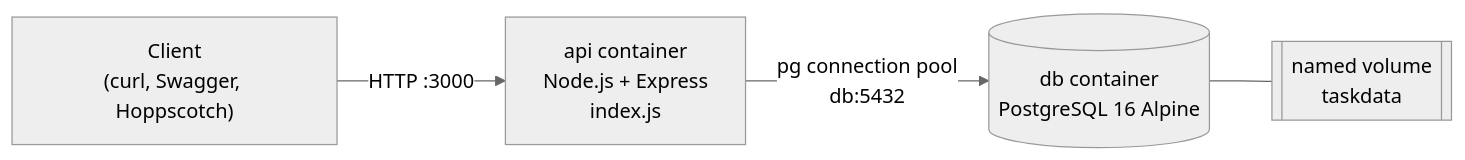
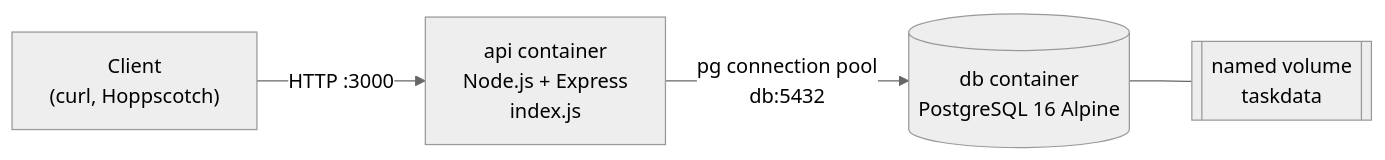
Before and after one commit to ernestmwangombe/task-management-api: the diagram in README.md, drawn with Mermaid (neutral theme). The commit also changed other lines of this file, not shown here.

````diff
--- a/README.md
+++ b/README.md
@@ -49,6 +47,6 @@
 ```mermaid
 flowchart LR
-    Client["Client<br/>(curl, Swagger, Hoppscotch)"] -->|"HTTP :3000"| API["api container<br/>Node.js + Express<br/>index.js"]
+    Client["Client<br/>(curl, Hoppscotch)"] -->|"HTTP :3000"| API["api container<br/>Node.js + Express<br/>index.js"]
     API -->|"pg connection pool<br/>db:5432"| DB[("db container<br/>PostgreSQL 16 Alpine")]
     DB --- Vol[["named volume<br/>taskdata"]]
 ```
````
